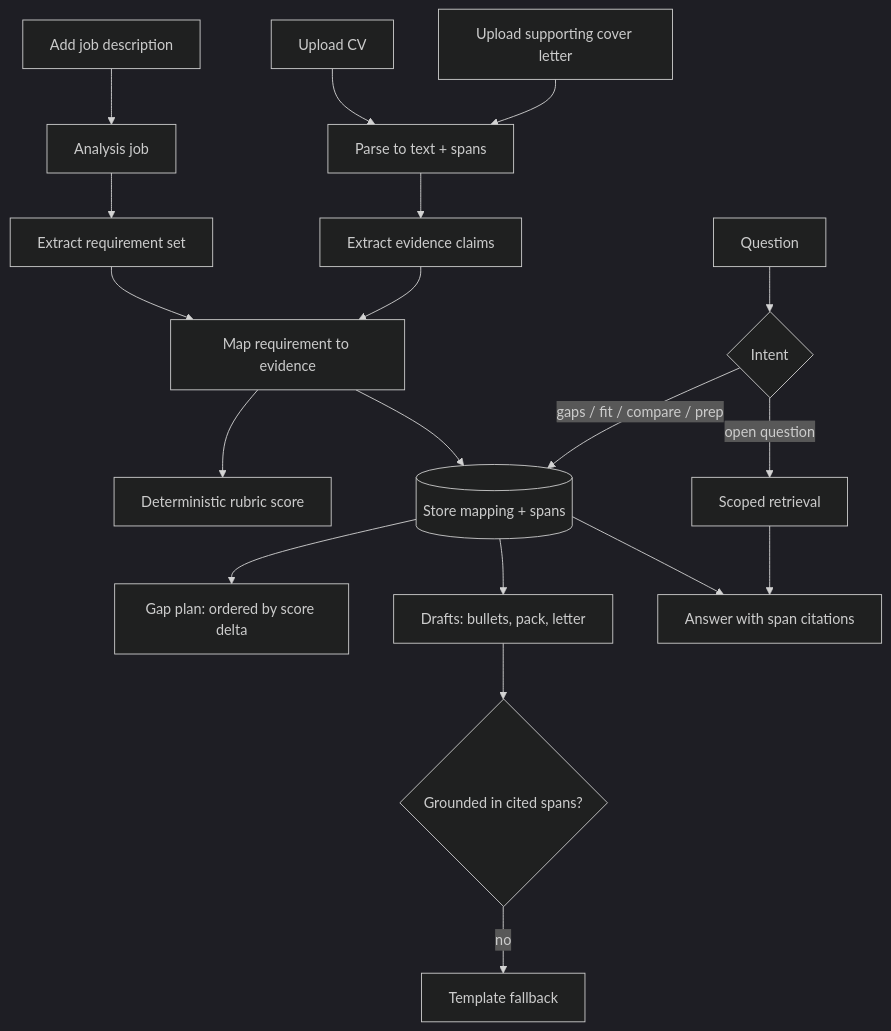
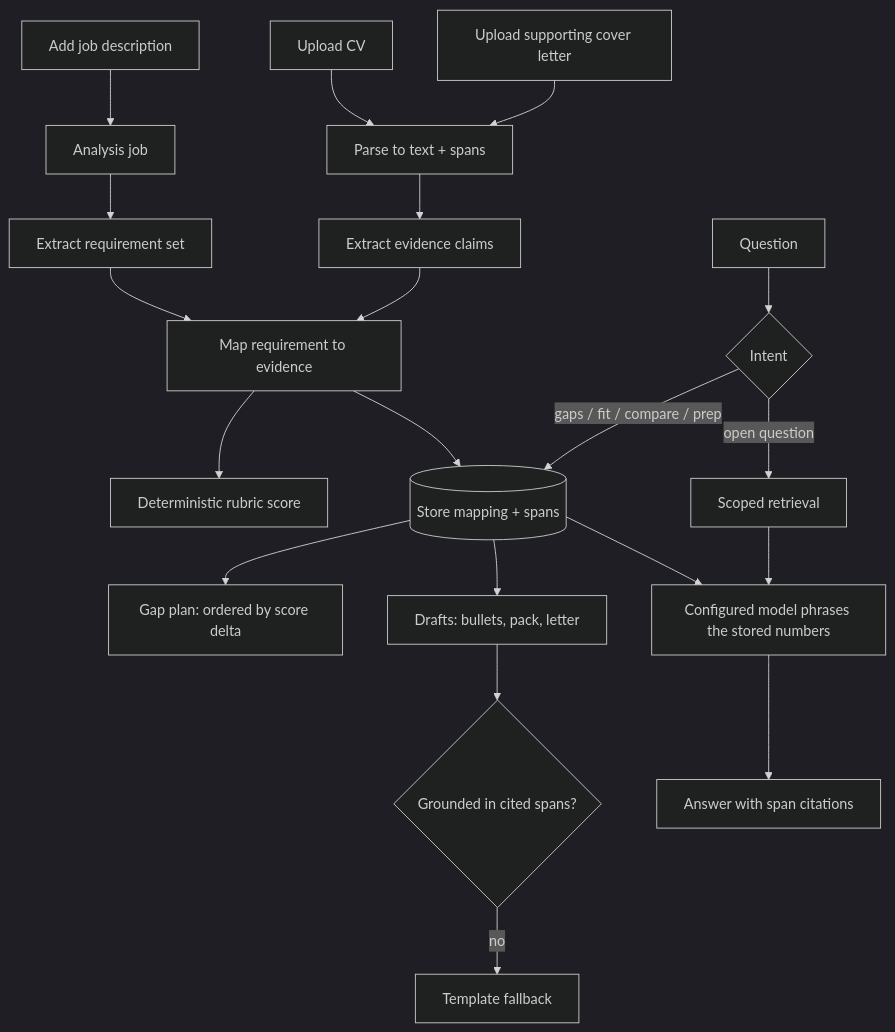
The second of 2 diagrams in README.md (ArifMehmood16/career-intelligence-assistant), drawn with Mermaid (dark theme) before and after one commit. The commit also changed other lines of this file and 12 other files, not shown here.

First line of the commit message:
feat(ask): phrase every intent from the stored analysis

````diff
--- a/README.md
+++ b/README.md
@@ -123,21 +123,22 @@
 ```mermaid
 flowchart TD
   CV[Upload CV] --> PARSE[Parse to text + spans]
   CL[Upload supporting cover letter] --> PARSE
   JD[Add job description] --> JOB[Analysis job]
   PARSE --> EV[Extract evidence claims]
   JOB --> REQ[Extract requirement set]
   REQ --> MAP[Map requirement to evidence]
   EV --> MAP
   MAP --> SCORE[Deterministic rubric score]
   MAP --> STORE[(Store mapping + spans)]
   STORE --> GAP[Gap plan: ordered by score delta]
   STORE --> GEN[Drafts: bullets, pack, letter]
   GEN --> VAL{Grounded in cited spans?}
   VAL -->|no| TPL[Template fallback]
   Q[Question] --> ROUTE{Intent}
   ROUTE -->|gaps / fit / compare / prep| STORE
   ROUTE -->|open question| RET[Scoped retrieval]
-  STORE --> ANS[Answer with span citations]
-  RET --> ANS
+  STORE --> PHRASE[Configured model phrases the stored numbers]
+  RET --> PHRASE
+  PHRASE --> ANS[Answer with span citations]
 ```
````
